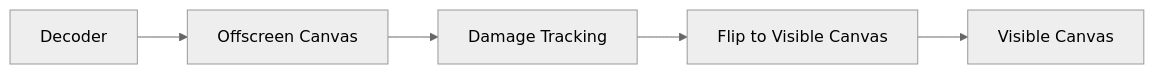
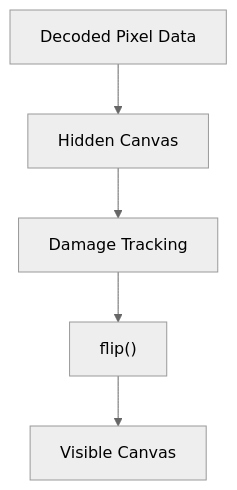
One commit to Ylianst/MeshCentral changed the fifth of 6 diagrams in docs/reference/architecture/rfb-and-display/rfb-and-display.md. Above: the diagram before and after it, drawn with Mermaid (neutral theme). The commit also changed other lines of this file and 642 other files, not shown here.

````diff
--- a/docs/reference/architecture/rfb-and-display/rfb-and-display.md
+++ b/docs/reference/architecture/rfb-and-display/rfb-and-display.md
@@ -195,7 +202,7 @@
 ```mermaid
-flowchart LR
-    Decoder["Decoder"] --> Backbuffer["Offscreen Canvas"]
+flowchart TD
+    DecoderOutput["Decoded Pixel Data"] --> Backbuffer["Hidden Canvas"]
     Backbuffer --> Damage["Damage Tracking"]
-    Damage --> Flip["Flip to Visible Canvas"]
+    Damage --> Flip["flip()"]
     Flip --> Visible["Visible Canvas"]
 ```
````
